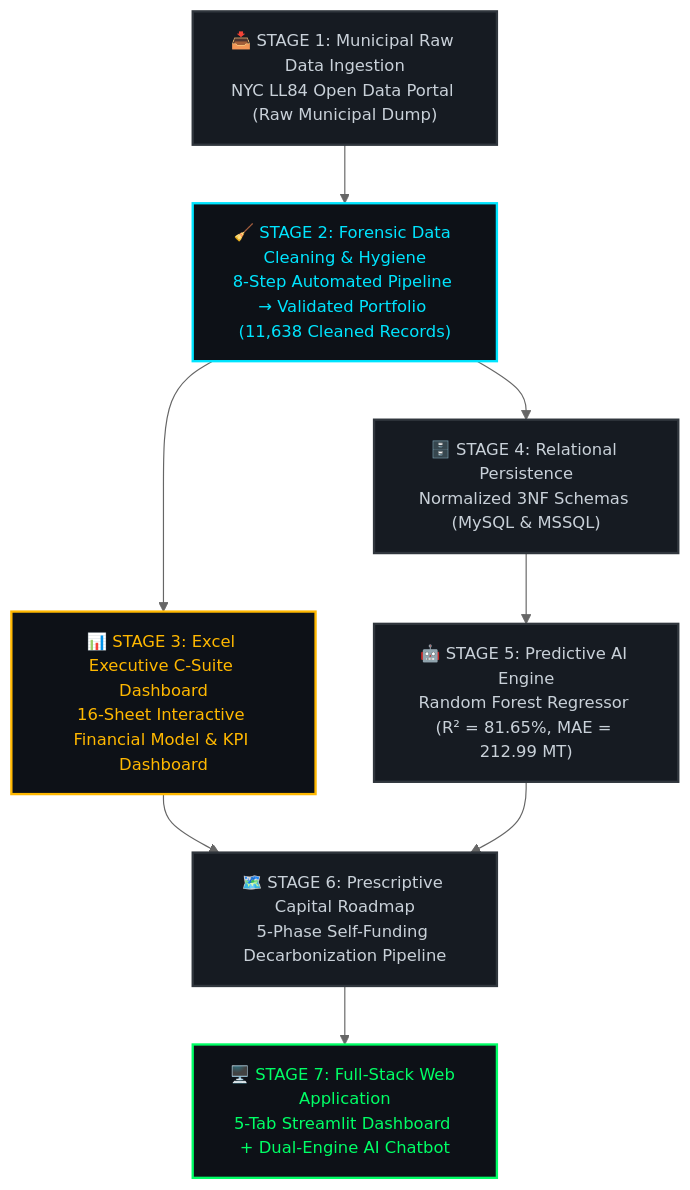
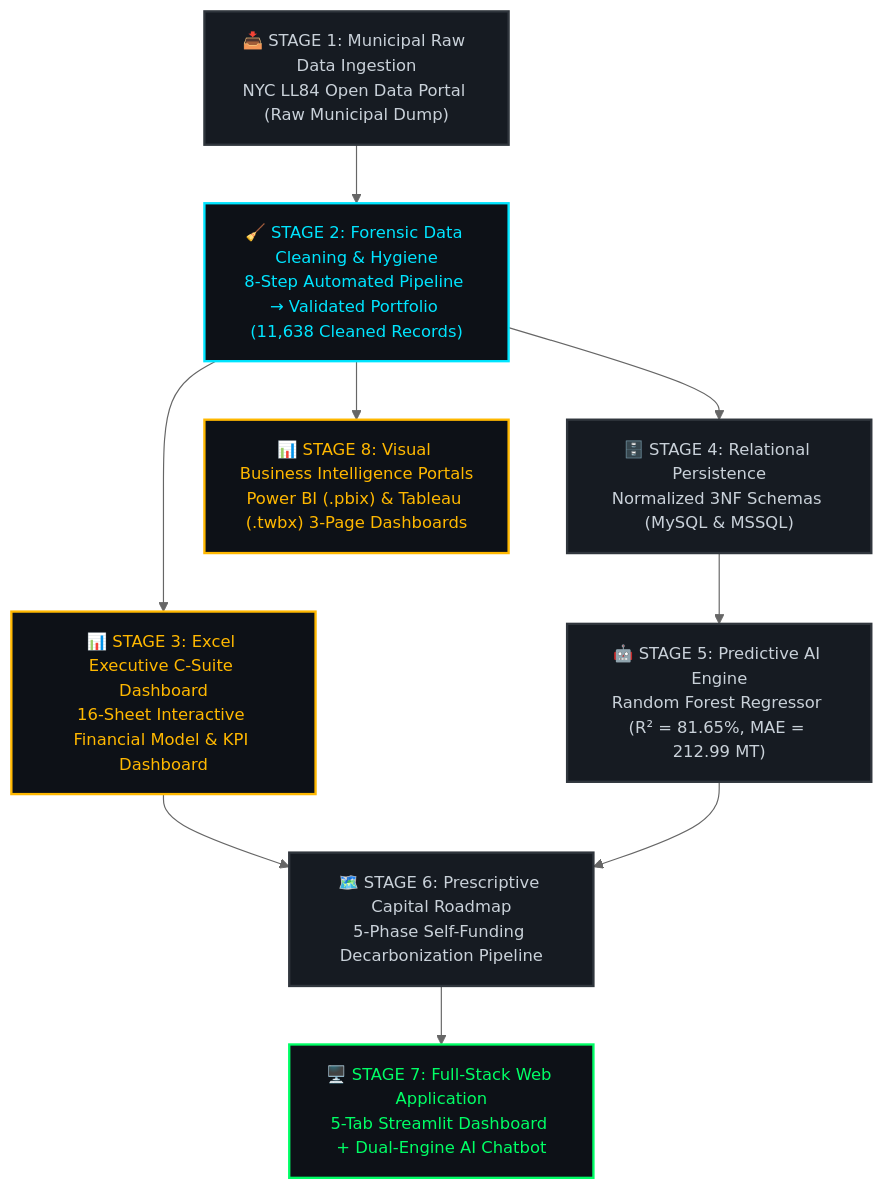
The diagram in README.md (Huda-Amr/carbon-heist-mitigation), drawn with Mermaid (neutral theme) before and after one commit. The commit also changed other lines of this file and 16 other files, not shown here.

````diff
--- a/README.md
+++ b/README.md
@@ -124,15 +133,16 @@
 ```mermaid
 flowchart TD
     A["📥 STAGE 1: Municipal Raw Data Ingestion\nNYC LL84 Open Data Portal (Raw Municipal Dump)"]:::stage --> B["🧹 STAGE 2: Forensic Data Cleaning & Hygiene\n8-Step Automated Pipeline → Validated Portfolio (11,638 Cleaned Records)"]:::clean
     B --> EX["📊 STAGE 3: Excel Executive C-Suite Dashboard\n16-Sheet Interactive Financial Model & KPI Dashboard"]:::excel
     B --> C["🗄️ STAGE 4: Relational Persistence\nNormalized 3NF Schemas (MySQL & MSSQL)"]:::stage
     C --> D["🤖 STAGE 5: Predictive AI Engine\nRandom Forest Regressor (R² = 81.65%, MAE = 212.99 MT)"]:::stage
     EX --> E["🗺️ STAGE 6: Prescriptive Capital Roadmap\n5-Phase Self-Funding Decarbonization Pipeline"]:::stage
+    B --> BI["📊 STAGE 8: Visual Business Intelligence Portals\nPower BI (.pbix) & Tableau (.twbx) 3-Page Dashboards"]:::excel
     D --> E
     E --> F["🖥️ STAGE 7: Full-Stack Web Application\n5-Tab Streamlit Dashboard + Dual-Engine AI Chatbot"]:::output
 
     classDef stage fill:#161B22,stroke:#30363D,stroke-width:2px,color:#C9D1D9,font-size:14px
     classDef clean fill:#0D1117,stroke:#00E5FF,stroke-width:2px,color:#00E5FF,font-size:14px
     classDef excel fill:#0D1117,stroke:#FFB800,stroke-width:2px,color:#FFB800,font-size:14px
     classDef output fill:#0D1117,stroke:#00FF66,stroke-width:2px,color:#00FF66,font-size:14px
 ```
````
